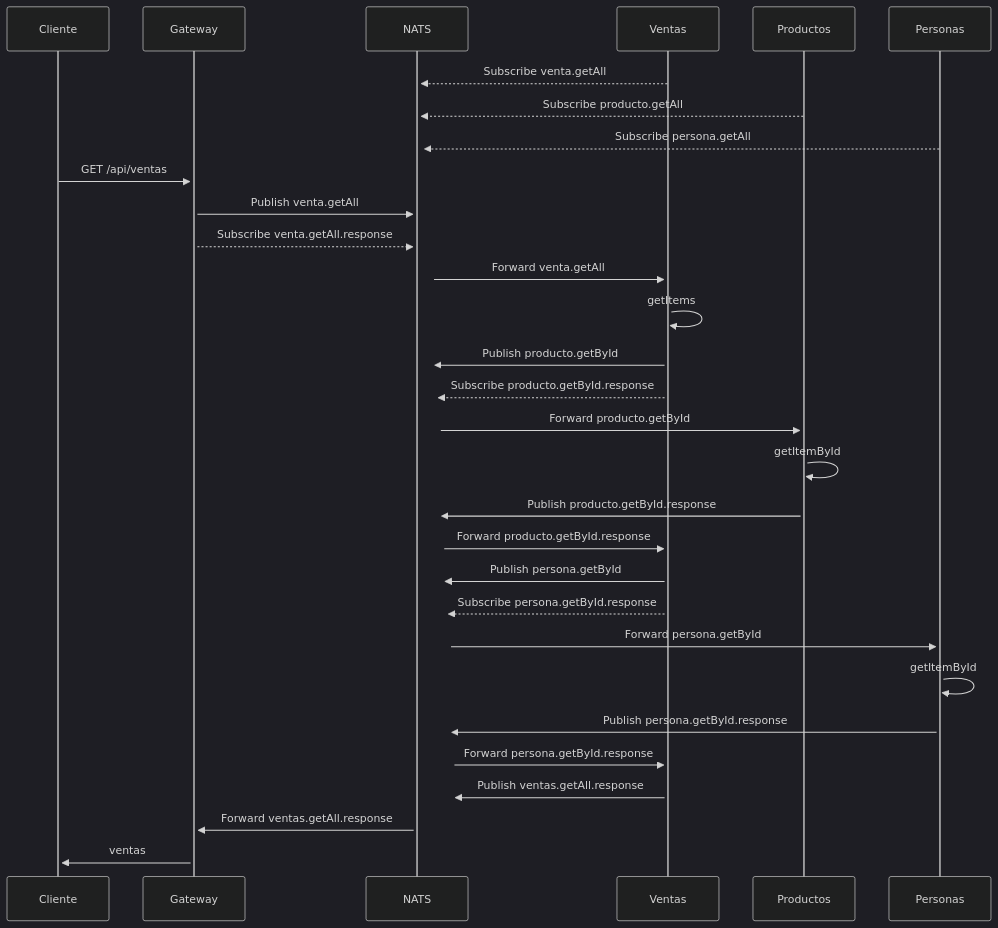
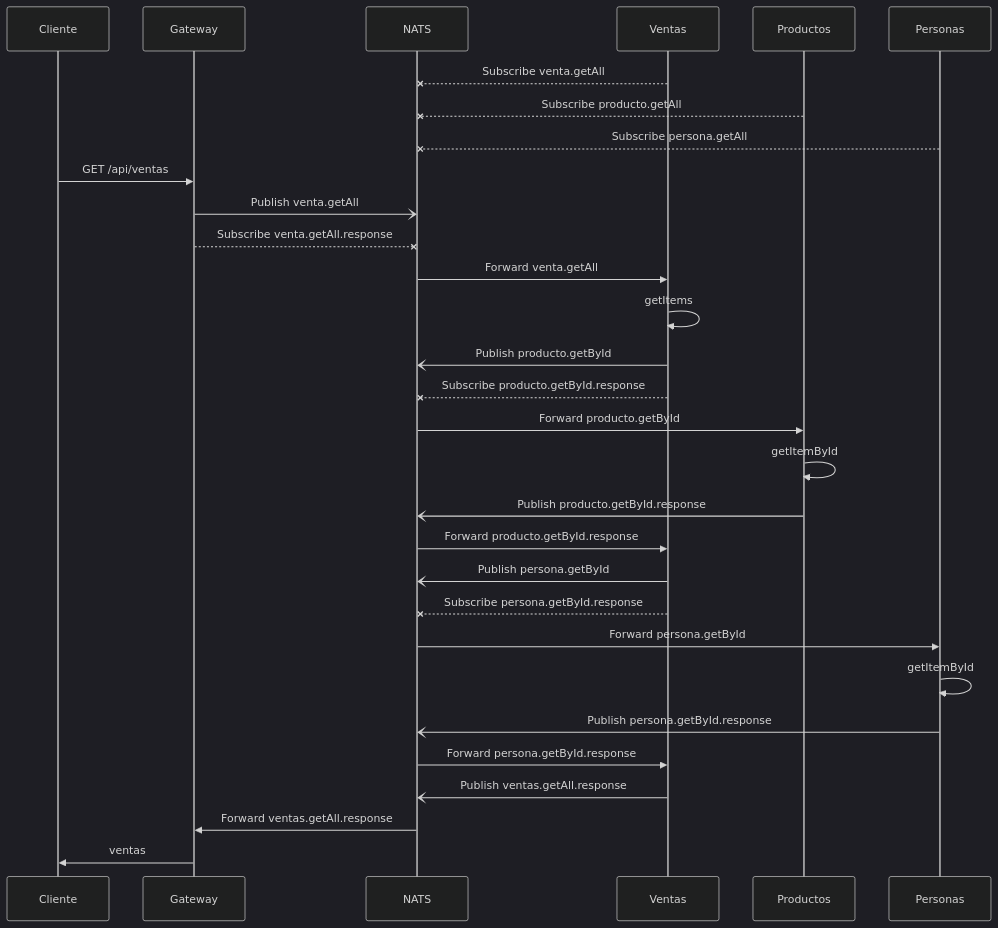
Diagram 12 of 12 in README.md (akobashikawa/tienda211-fastify), drawn with Mermaid (dark theme) before and after one commit.

Commit message:
Usa varias puntas de flecha

````diff
--- a/README.md
+++ b/README.md
@@ -254,40 +254,40 @@
 ```mermaid
 sequenceDiagram
     participant Cliente
     participant Gateway
     participant NATS
     participant MS_Ventas as Ventas
     participant MS_Productos as Productos
     participant MS_Personas as Personas
 
-    MS_Ventas-->>+NATS: Subscribe venta.getAll
-    MS_Productos-->>+NATS: Subscribe producto.getAll
-    MS_Personas-->>+NATS: Subscribe persona.getAll
+    MS_Ventas--xNATS: Subscribe venta.getAll
+    MS_Productos--xNATS: Subscribe producto.getAll
+    MS_Personas--xNATS: Subscribe persona.getAll
 
-    Cliente->>+Gateway: GET /api/ventas
-    Gateway->>+NATS: Publish venta.getAll
-    Gateway-->>+NATS: Subscribe venta.getAll.response
-    NATS->>+MS_Ventas: Forward venta.getAll
+    Cliente->>Gateway: GET /api/ventas
+    Gateway-)NATS: Publish venta.getAll
+    Gateway--xNATS: Subscribe venta.getAll.response
+    NATS->>MS_Ventas: Forward venta.getAll
 
     MS_Ventas->>MS_Ventas: getItems
 
-    MS_Ventas->>+NATS: Publish producto.getById
-    MS_Ventas-->>+NATS: Subscribe producto.getById.response
-    NATS->>+MS_Productos: Forward producto.getById
+    MS_Ventas-)NATS: Publish producto.getById
+    MS_Ventas--xNATS: Subscribe producto.getById.response
+    NATS->>MS_Productos: Forward producto.getById
     MS_Productos->>MS_Productos: getItemById
-    MS_Productos->>+NATS: Publish producto.getById.response
-    NATS->>+MS_Ventas: Forward producto.getById.response
+    MS_Productos-)NATS: Publish producto.getById.response
+    NATS->>MS_Ventas: Forward producto.getById.response
 
-    MS_Ventas->>+NATS: Publish persona.getById
-    MS_Ventas-->>+NATS: Subscribe persona.getById.response
-    NATS->>+MS_Personas: Forward persona.getById
+    MS_Ventas-)NATS: Publish persona.getById
+    MS_Ventas--xNATS: Subscribe persona.getById.response
+    NATS->>MS_Personas: Forward persona.getById
     MS_Personas->>MS_Personas: getItemById
-    MS_Personas->>+NATS: Publish persona.getById.response
-    NATS->>+MS_Ventas: Forward persona.getById.response
+    MS_Personas-)NATS: Publish persona.getById.response
+    NATS->>MS_Ventas: Forward persona.getById.response
 
-    MS_Ventas->>+NATS: Publish ventas.getAll.response
+    MS_Ventas-)NATS: Publish ventas.getAll.response
 
-    NATS->>+Gateway: Forward ventas.getAll.response
-    Gateway->>+Cliente: ventas
+    NATS->>Gateway: Forward ventas.getAll.response
+    Gateway->>Cliente: ventas
 
 ```
````
